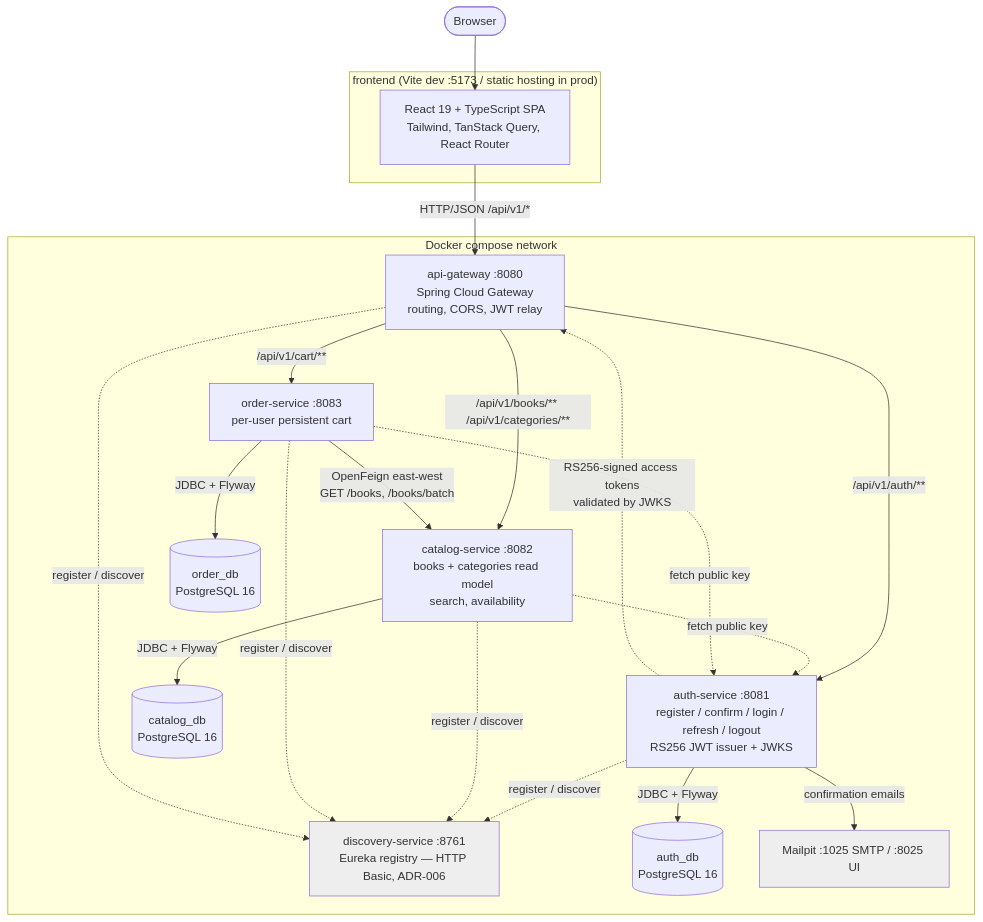
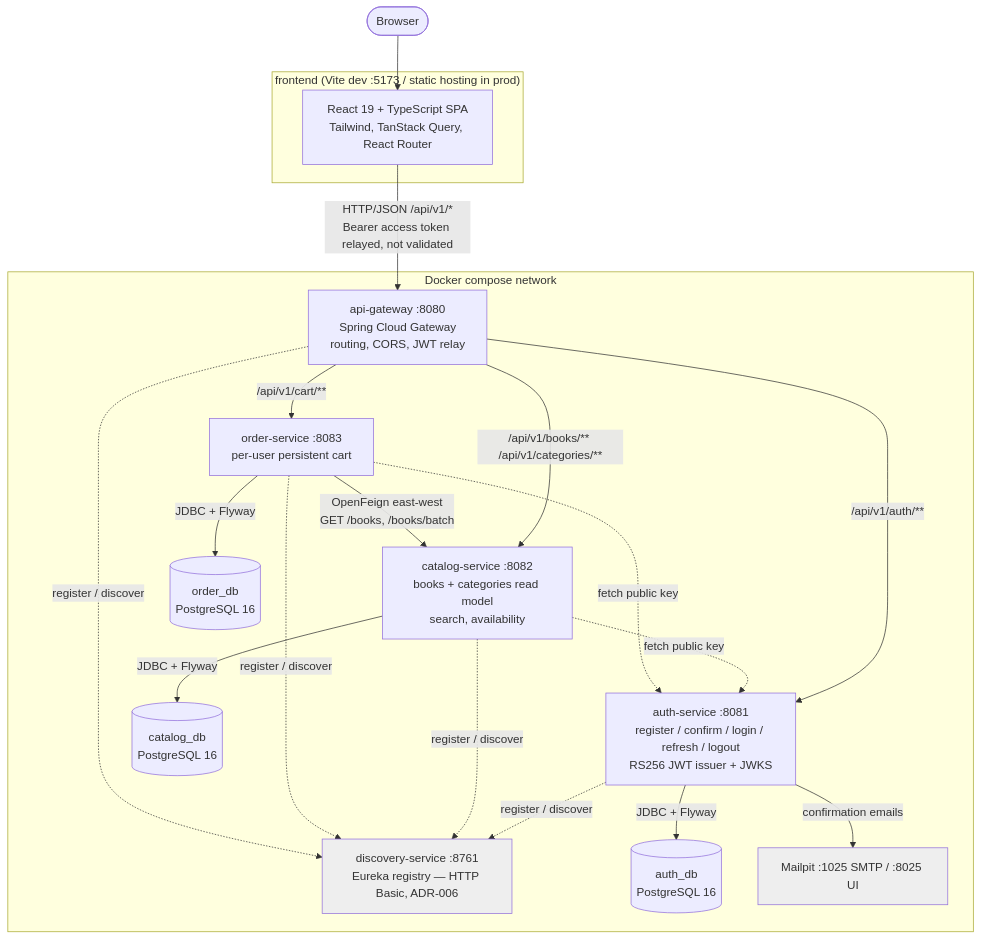
Before and after one commit to oscarllp98/foleybooks: the second of 4 diagrams in docs/architecture.md, drawn with Mermaid. The commit also changed other lines of this file and 4 other files, not shown here.

````diff
--- a/docs/architecture.md
+++ b/docs/architecture.md
@@ -39,41 +39,40 @@
 ```mermaid
 flowchart TB
     browser([Browser])
 
     subgraph fe["frontend (Vite dev :5173 / static hosting in prod)"]
         spa[React 19 + TypeScript SPA<br/>Tailwind, TanStack Query, React Router]
     end
 
     subgraph net["Docker compose network"]
         gw[api-gateway :8080<br/>Spring Cloud Gateway<br/>routing, CORS, JWT relay]
         eureka[discovery-service :8761<br/>Eureka registry — HTTP Basic, ADR-006]
         auth[auth-service :8081<br/>register / confirm / login / refresh / logout<br/>RS256 JWT issuer + JWKS]
         catalog[catalog-service :8082<br/>books + categories read model<br/>search, availability]
         order[order-service :8083<br/>per-user persistent cart]
         authdb[(auth_db<br/>PostgreSQL 16)]
         catalogdb[(catalog_db<br/>PostgreSQL 16)]
         orderdb[(order_db<br/>PostgreSQL 16)]
         mail[Mailpit :1025 SMTP / :8025 UI]
     end
 
     browser --> spa
-    spa -->|HTTP/JSON /api/v1/*| gw
+    spa -->|HTTP/JSON /api/v1/*<br/>Bearer access token relayed, not validated| gw
 
-    auth -.->|RS256-signed access tokens<br/>validated by JWKS| gw
     gw -->|/api/v1/auth/**| auth
     gw -->|/api/v1/books/** /api/v1/categories/**| catalog
     gw -->|/api/v1/cart/**| order
 
     auth -->|JDBC + Flyway| authdb
     catalog -->|JDBC + Flyway| catalogdb
     order -->|JDBC + Flyway| orderdb
 
     order -->|OpenFeign east-west<br/>GET /books, /books/batch| catalog
 
     auth -->|confirmation emails| mail
     auth & catalog & order & gw -.->|register / discover| eureka
     catalog & order -.->|fetch public key| auth
 
     style eureka fill:#eee
     style mail fill:#eee
 ```
````
